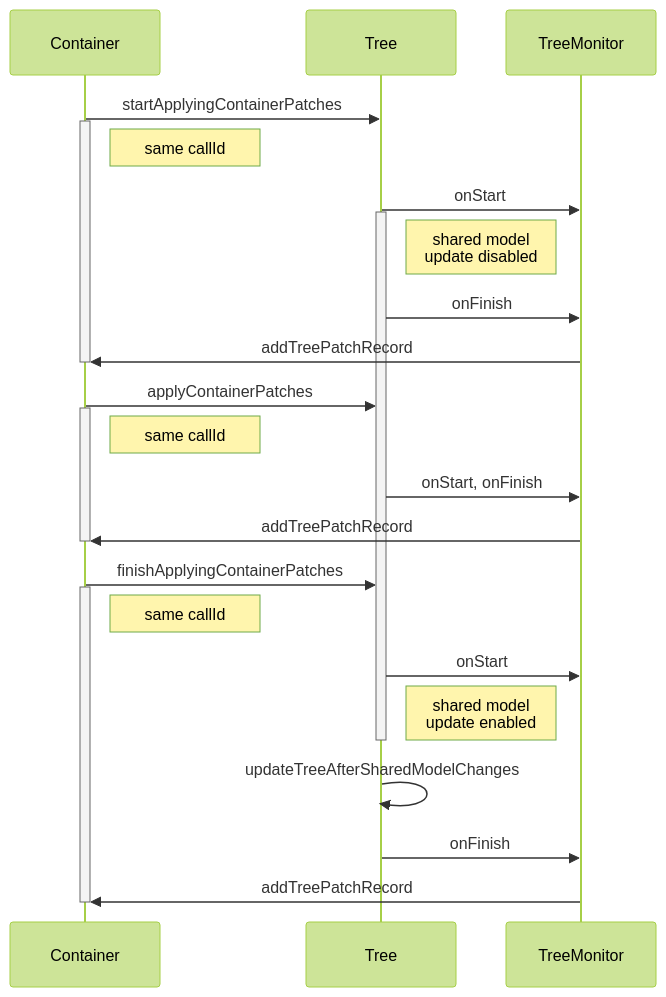
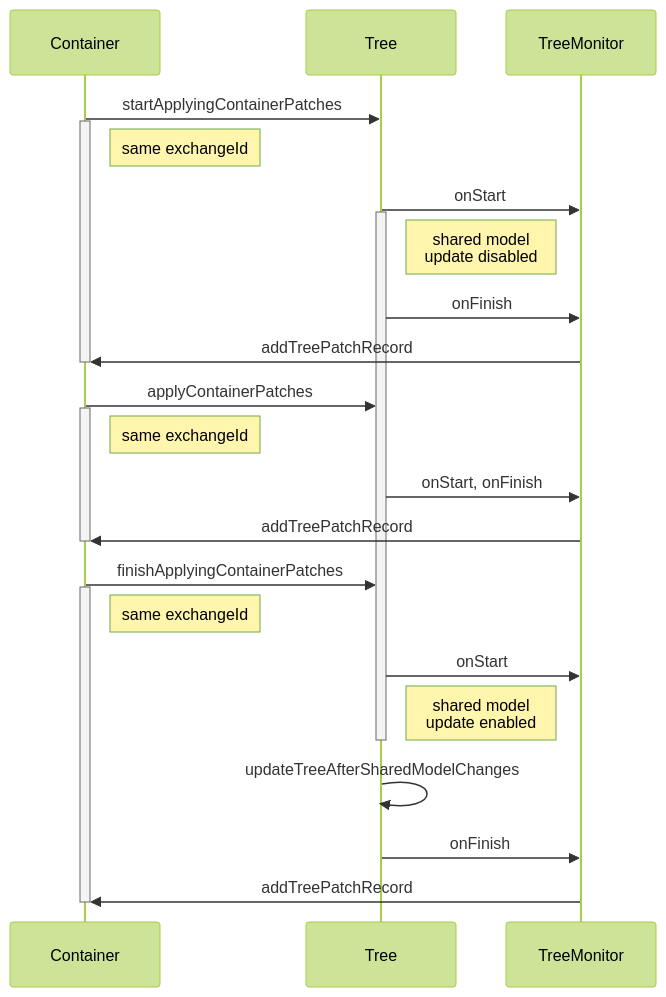
One commit to concord-consortium/collaborative-learning changed the third of 6 diagrams in docs/history-framework.md. Above: the diagram before and after it, drawn with Mermaid (forest theme). The commit also changed other lines of this file and 8 other files, not shown here.

First line of the commit message:
rename callId to exchangeId

````diff
--- a/docs/history-framework.md
+++ b/docs/history-framework.md
@@ -91,31 +91,31 @@
 ```mermaid
 sequenceDiagram
   participant Container
   participant Tree
   participant TreeMonitor
   Container->>Tree: startApplyingContainerPatches
   activate Container
-  Note right of Container: same callId
+  Note right of Container: same exchangeId
   Tree->>TreeMonitor: onStart
   activate Tree
   Note right of Tree: shared model<br/>update disabled 
   Tree->>TreeMonitor: onFinish
   TreeMonitor->>Container: addTreePatchRecord
   deactivate Container
   Container->>Tree: applyContainerPatches
   activate Container
-  Note right of Container: same callId
+  Note right of Container: same exchangeId
   Tree->>TreeMonitor: onStart, onFinish
   TreeMonitor->>Container: addTreePatchRecord
   deactivate Container
   Container->>Tree: finishApplyingContainerPatches
   activate Container
-  Note right of Container: same callId
+  Note right of Container: same exchangeId
   Tree->>TreeMonitor: onStart
   Note right of Tree: shared model<br/>update enabled 
   deactivate Tree
   Tree->>Tree: updateTreeAfterSharedModelChanges
   Tree->>TreeMonitor: onFinish
   TreeMonitor->>Container: addTreePatchRecord
   deactivate Container
 ```
````
